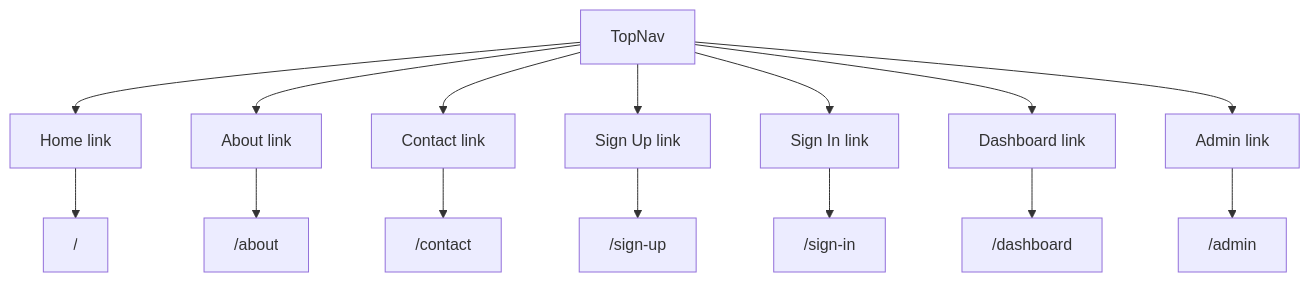
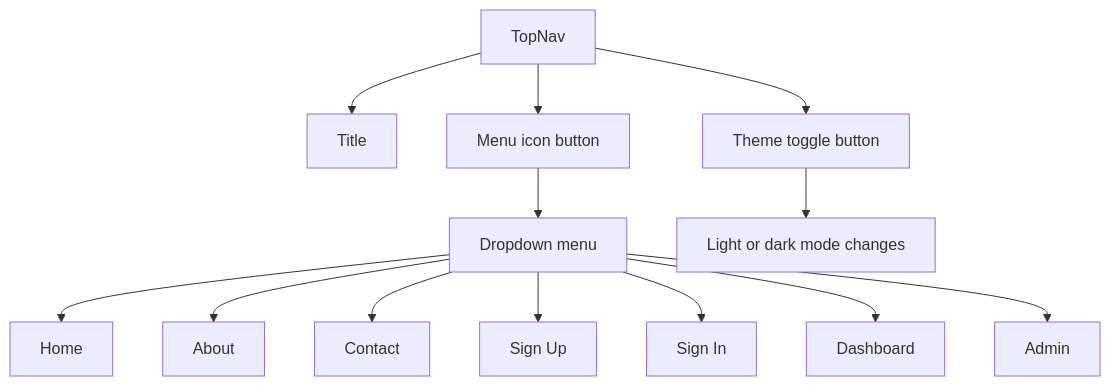
Before and after one commit to matthewlovestocode/designated: the diagram in docs/web/components/top-nav.md, drawn with Mermaid. The commit also changed other lines of this file and 35 other files, not shown here.

````diff
--- a/docs/web/components/top-nav.md
+++ b/docs/web/components/top-nav.md
@@ -120,17 +277,15 @@
 ```mermaid
 flowchart TD
-    A["TopNav"] --> B["Home link"]
-    A --> C["About link"]
-    A --> D["Contact link"]
-    A --> E["Sign Up link"]
-    A --> F["Sign In link"]
-    A --> G["Dashboard link"]
-    A --> H["Admin link"]
-    B --> I["/"]
-    C --> J["/about"]
-    D --> K["/contact"]
-    E --> L["/sign-up"]
-    F --> M["/sign-in"]
-    G --> N["/dashboard"]
-    H --> O["/admin"]
+    A["TopNav"] --> B["Title"]
+    A --> C["Menu icon button"]
+    A --> D["Theme toggle button"]
+    C --> E["Dropdown menu"]
+    E --> F["Home"]
+    E --> G["About"]
+    E --> H["Contact"]
+    E --> I["Sign Up"]
+    E --> J["Sign In"]
+    E --> K["Dashboard"]
+    E --> L["Admin"]
+    D --> M["Light or dark mode changes"]
 ```
````
